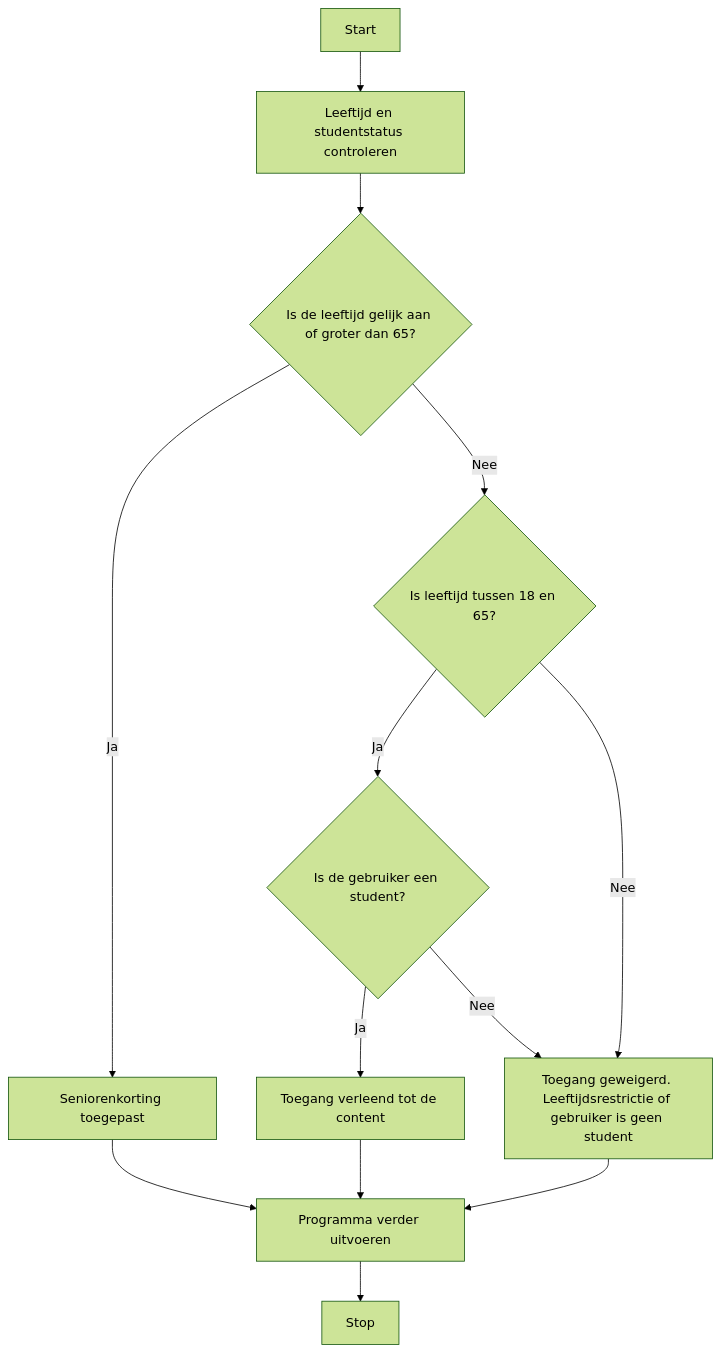
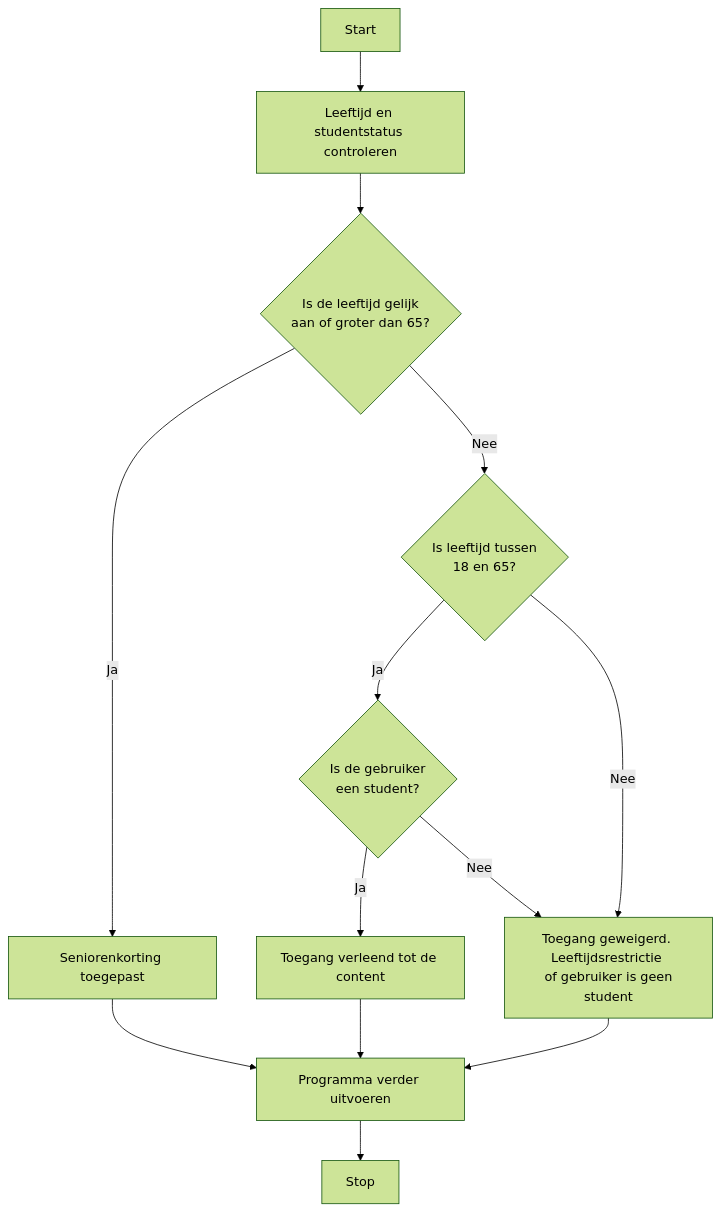
One commit to Windesheim-HBO-ICT/Leerlijn-Content-SE changed the second of 2 diagrams in content/3. Algoritmiek/1. Uitleg If-Else-Logical-Operators.md. Above: the diagram before and after it, drawn with Mermaid (forest theme). The commit also changed other lines of this file and 5 other files, not shown here.

````diff
--- a/content/3. Algoritmiek/1. Uitleg If-Else-Logical-Operators.md
+++ b/content/3. Algoritmiek/1. Uitleg If-Else-Logical-Operators.md
@@ -84,15 +84,15 @@
 ```mermaid
 flowchart TD
     A[Start] --> B[Leeftijd en studentstatus controleren]
-    B --> C{Is de leeftijd gelijk aan of groter dan 65?}
+    B --> C{Is de leeftijd gelijk \n aan of groter dan 65?}
     C -- Ja --> D[Seniorenkorting toegepast]
-    C -- Nee --> E{Is leeftijd tussen 18 en 65?}
-    E -- Ja --> G{Is de gebruiker een student?}
+    C -- Nee --> E{Is leeftijd tussen \n 18 en 65?}
+    E -- Ja --> G{Is de gebruiker \n een student?}
     G -- Ja --> H[Toegang verleend tot de content]
-    G -- Nee --> F[Toegang geweigerd. Leeftijdsrestrictie of gebruiker is geen student]
+    G -- Nee --> F[Toegang geweigerd. Leeftijdsrestrictie \n of gebruiker is geen student]
     E -- Nee --> F
     D --> I[Programma verder uitvoeren]
     H --> I
     F --> I
     I --> J[Stop]
 ```
````
